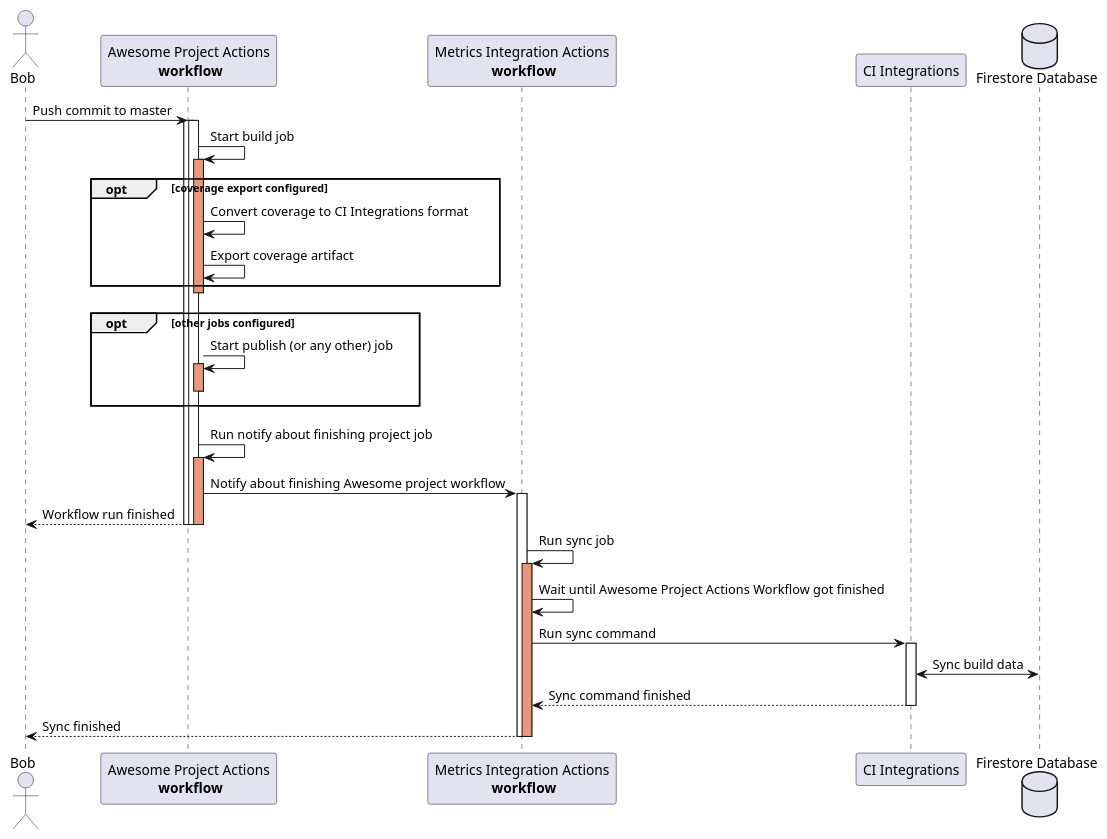
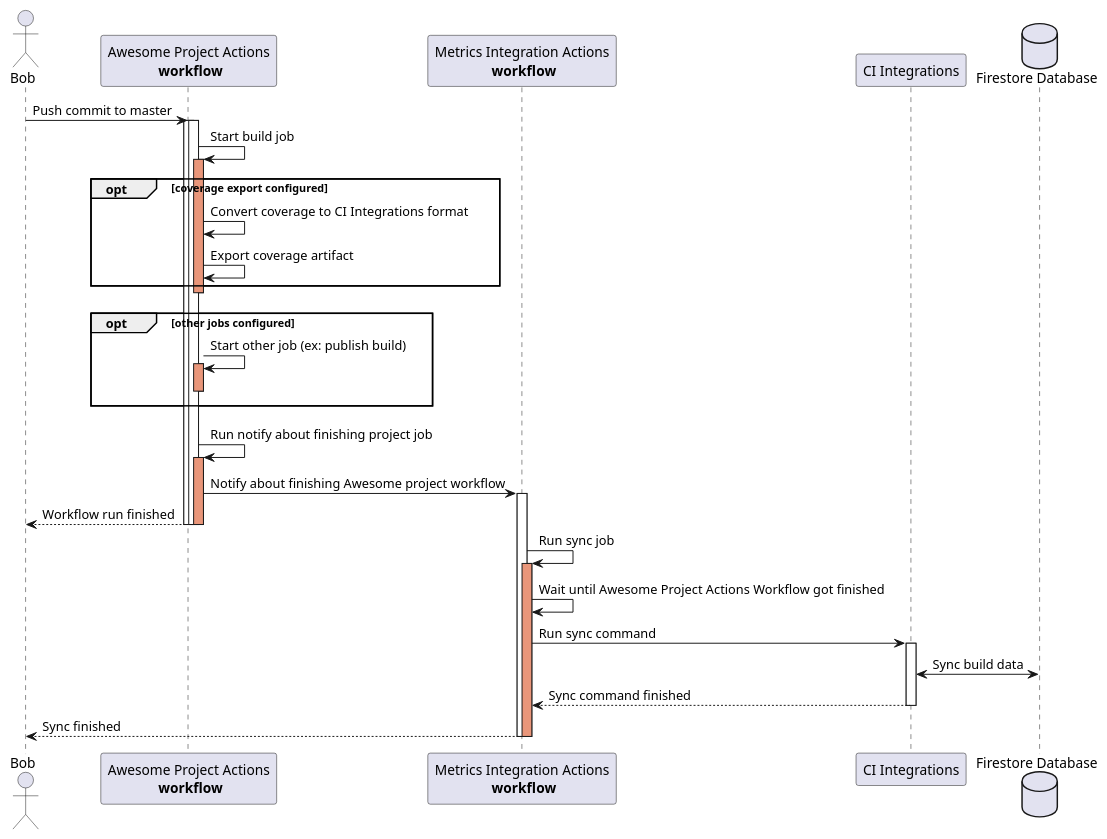
The diagram in docs/diagrams/github_actions_sequence_diagram.puml (Flank/flank-dashboard), drawn with PlantUML before and after one commit.

Commit message:
prettify other job start command

```diff
--- a/docs/diagrams/github_actions_sequence_diagram.puml
+++ b/docs/diagrams/github_actions_sequence_diagram.puml
@@ -1,62 +1,62 @@
 @startuml github_actions_sequence_diagram
 
 actor Bob
 
 participant "Awesome Project Actions\n **workflow**" as AwesomeWorkflow
 
 participant "Metrics Integration Actions\n **workflow**" as IntegrationsWorkflow
 participant "CI Integrations" as CiIntegrations
 
 database "Firestore Database" as Firestore
 
 
 Bob -> AwesomeWorkflow : Push commit to master
 activate AwesomeWorkflow
 
 activate AwesomeWorkflow
 AwesomeWorkflow -> AwesomeWorkflow : Start build job
 activate AwesomeWorkflow #DarkSalmon
 
 
 opt coverage export configured
     AwesomeWorkflow -> AwesomeWorkflow : Convert coverage to CI Integrations format
     AwesomeWorkflow -> AwesomeWorkflow : Export coverage artifact
 end
 deactivate AwesomeWorkflow
 
 AwesomeWorkflow -[hidden]> IntegrationsWorkflow
 
 opt other jobs configured
-AwesomeWorkflow -> AwesomeWorkflow : Start publish (or any other) job
+AwesomeWorkflow -> AwesomeWorkflow : Start other job (ex: publish build)
 activate AwesomeWorkflow #DarkSalmon
 
 deactivate AwesomeWorkflow
 end
 
 AwesomeWorkflow -[hidden]> IntegrationsWorkflow
 AwesomeWorkflow -> AwesomeWorkflow : Run notify about finishing project job
 activate AwesomeWorkflow #DarkSalmon
 
 AwesomeWorkflow -> IntegrationsWorkflow : Notify about finishing Awesome project workflow
 activate IntegrationsWorkflow
 
 AwesomeWorkflow --> Bob : Workflow run finished
 deactivate AwesomeWorkflow
 deactivate AwesomeWorkflow
 deactivate AwesomeWorkflow
 
 IntegrationsWorkflow -> IntegrationsWorkflow : Run sync job
 activate IntegrationsWorkflow #DarkSalmon
 
 IntegrationsWorkflow -> IntegrationsWorkflow : Wait until Awesome Project Actions Workflow got finished
 IntegrationsWorkflow -> CiIntegrations : Run sync command
 activate CiIntegrations
 
 CiIntegrations <-> Firestore : Sync build data
 return Sync command finished
 
 IntegrationsWorkflow --> Bob : Sync finished
 deactivate IntegrationsWorkflow
 deactivate IntegrationsWorkflow
 
 @enduml
```
